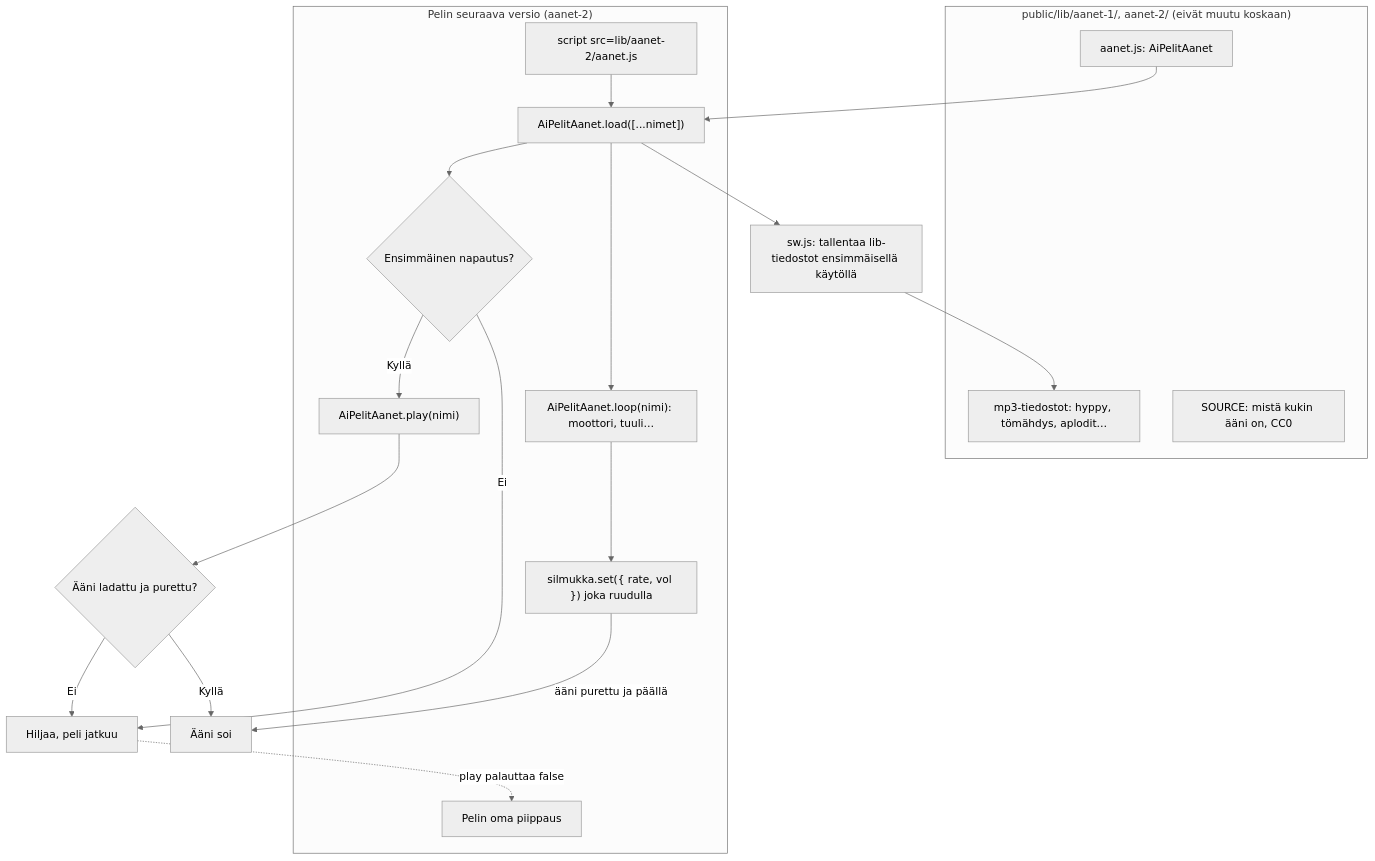
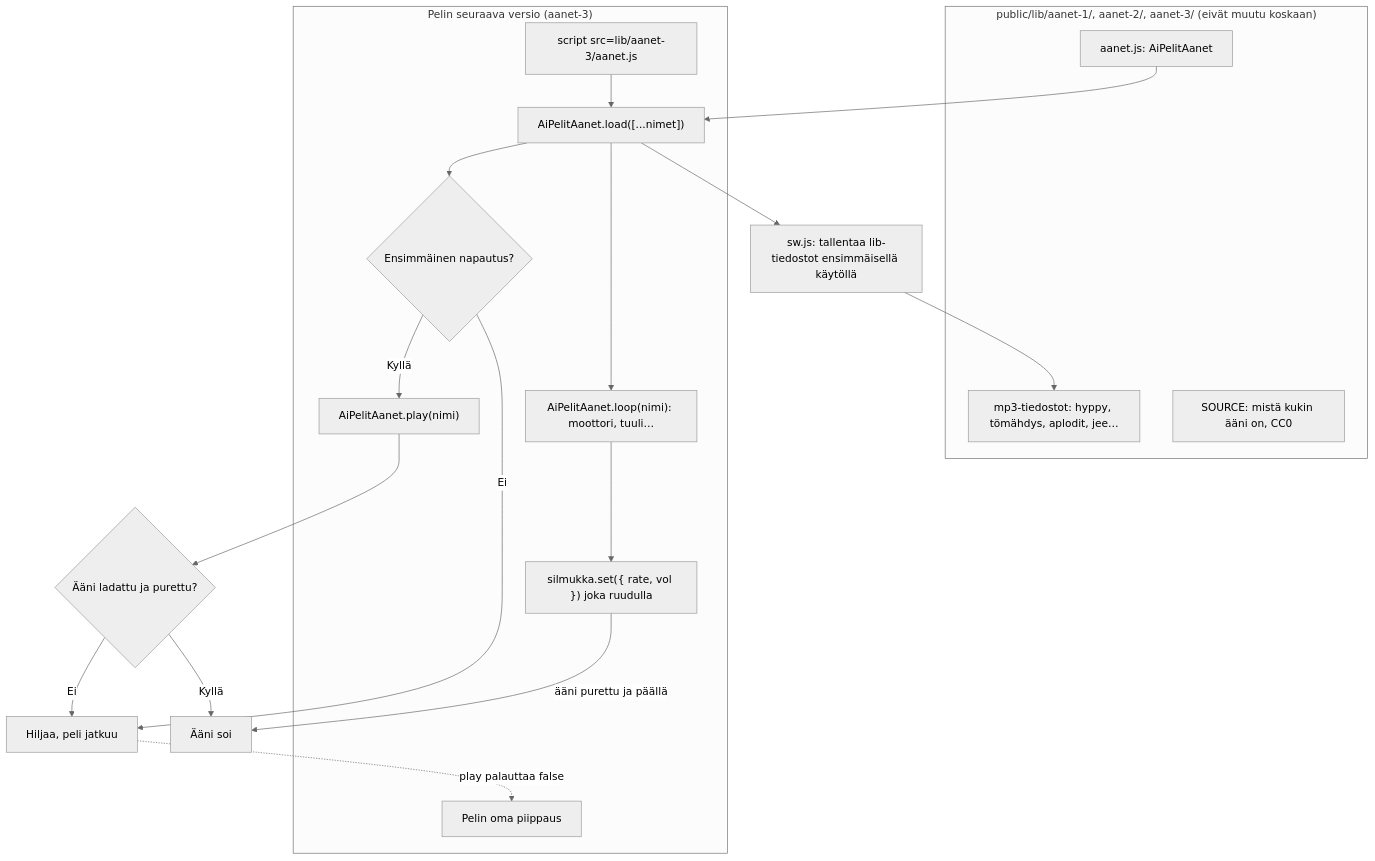
Before and after one commit to eerovil/ai-pelit: the diagram in docs/diagrams/aanikirjasto.md, drawn with Mermaid (neutral theme). The commit also changed other lines of this file, not shown here.

Commit message:
aanikirjasto diagram: aanet-3 is the newest folder (#330 review)

````diff
--- a/docs/diagrams/aanikirjasto.md
+++ b/docs/diagrams/aanikirjasto.md
@@ -7,36 +7,36 @@
 ```mermaid
 flowchart TD
-  subgraph Kirjasto["public/lib/aanet-1/, aanet-2/ (eivät muutu koskaan)"]
-    files["mp3-tiedostot: hyppy, tömähdys, aplodit…"]
+  subgraph Kirjasto["public/lib/aanet-1/, aanet-2/, aanet-3/ (eivät muutu koskaan)"]
+    files["mp3-tiedostot: hyppy, tömähdys, aplodit, jee…"]
     lista["SOURCE: mistä kukin ääni on, CC0"]
     js["aanet.js: AiPelitAanet"]
   end
-  subgraph Peli["Pelin seuraava versio (aanet-2)"]
-    tag["script src=lib/aanet-2/aanet.js"]
+  subgraph Peli["Pelin seuraava versio (aanet-3)"]
+    tag["script src=lib/aanet-3/aanet.js"]
     load["AiPelitAanet.load([...nimet])"]
     tap{"Ensimmäinen napautus?"}
     play["AiPelitAanet.play(nimi)"]
     loop["AiPelitAanet.loop(nimi): moottori, tuuli…"]
     set["silmukka.set({ rate, vol }) joka ruudulla"]
     beep["Pelin oma piippaus"]
   end
   sw["sw.js: tallentaa lib-tiedostot ensimmäisellä käytöllä"]
   ok{"Ääni ladattu ja purettu?"}
   soi["Ääni soi"]
   hiljaa["Hiljaa, peli jatkuu"]
   tag --> load --> tap
   tap -- Kyllä --> play --> ok
   tap -- Ei --> hiljaa
   ok -- Kyllä --> soi
   ok -- Ei --> hiljaa
   load --> loop --> set
   set -- ääni purettu ja päällä --> soi
   hiljaa -. play palauttaa false .-> beep
   load --> sw --> files
   js --> load
   class files,lista,js teal
   class tag,load,play,loop,set blue
   class tap,ok amber
   class sw violet
   class soi,hiljaa,beep green
 ```
````
